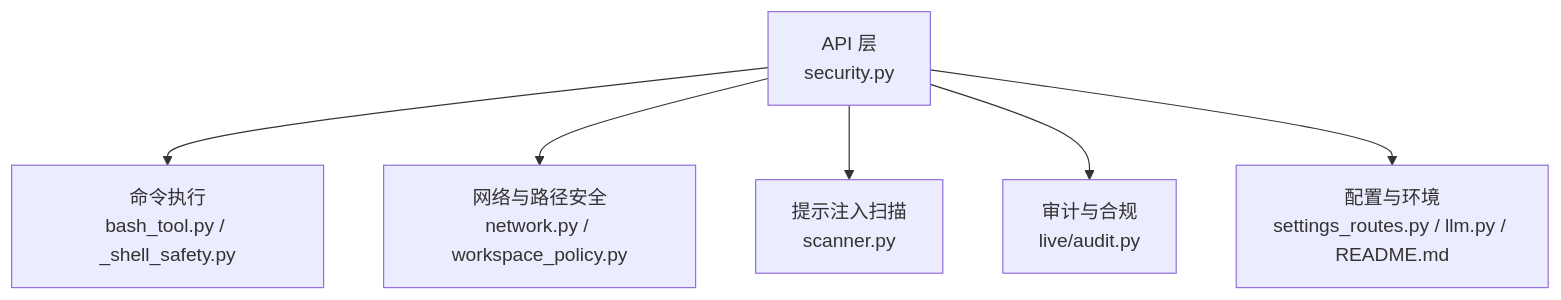
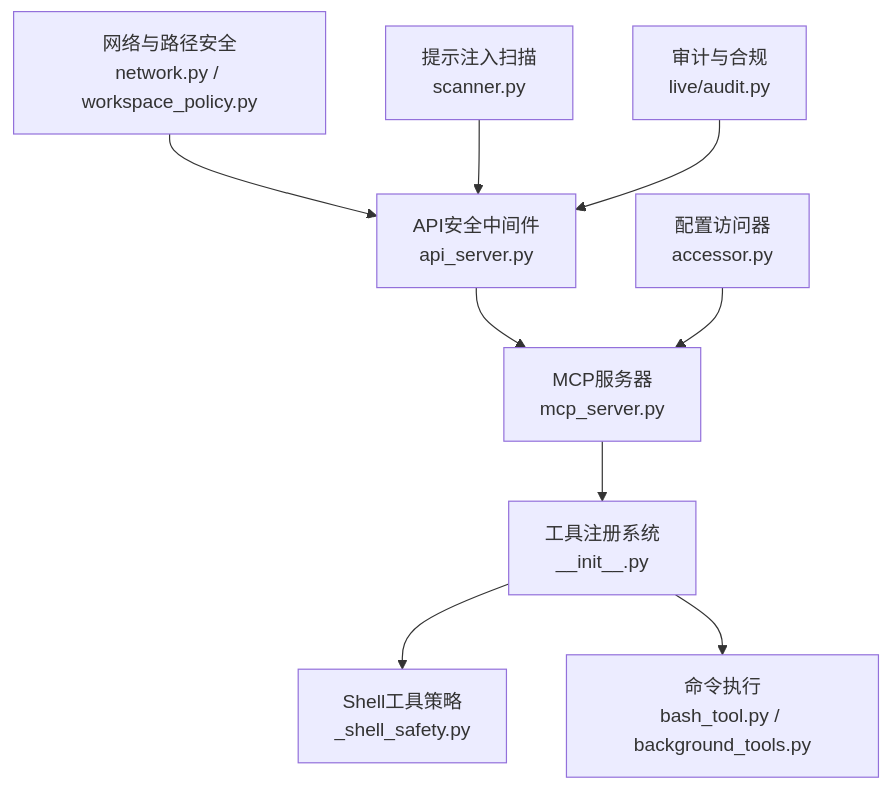
The first of 5 diagrams in .qoder/repowiki/zh/content/AI代理系统/工具系统/工具安全控制.md (20012002er/Vibe-Trading), drawn with Mermaid before and after one commit. The commit also changed other lines of this file and 7 other files, not shown here.

````diff
--- a/.qoder/repowiki/zh/content/AI代理系统/工具系统/工具安全控制.md
+++ b/.qoder/repowiki/zh/content/AI代理系统/工具系统/工具安全控制.md
@@ -42,8 +53,11 @@
 ```mermaid
 graph TB
-A["API 层<br/>security.py"] --> B["命令执行<br/>bash_tool.py / _shell_safety.py"]
-A --> C["网络与路径安全<br/>network.py / workspace_policy.py"]
-A --> D["提示注入扫描<br/>scanner.py"]
-A --> E["审计与合规<br/>live/audit.py"]
-A --> F["配置与环境<br/>settings_routes.py / llm.py / README.md"]
+A["工具注册系统<br/>__init__.py"] --> B["Shell工具策略<br/>_shell_safety.py"]
+A --> C["命令执行<br/>bash_tool.py / background_tools.py"]
+D["MCP服务器<br/>mcp_server.py"] --> A
+E["API安全中间件<br/>api_server.py"] --> D
+F["网络与路径安全<br/>network.py / workspace_policy.py"] --> E
+G["提示注入扫描<br/>scanner.py"] --> E
+H["审计与合规<br/>live/audit.py"] --> E
+I["配置访问器<br/>accessor.py"] --> D
 ```
````
